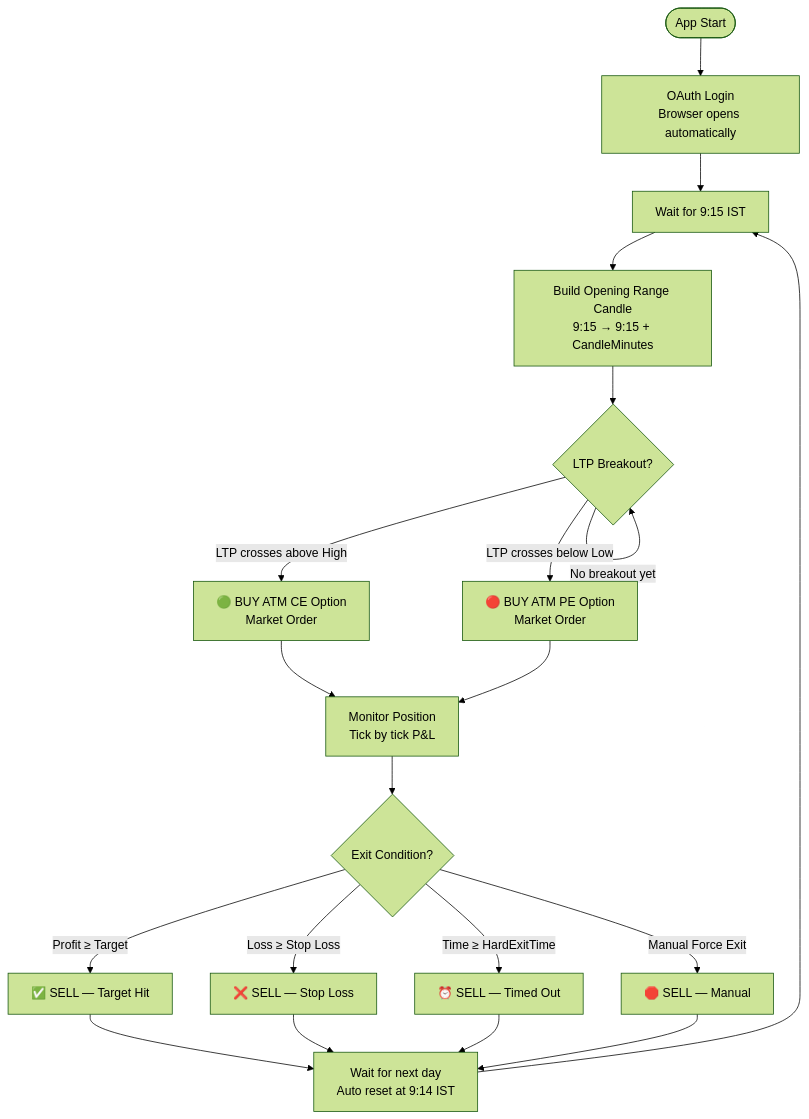
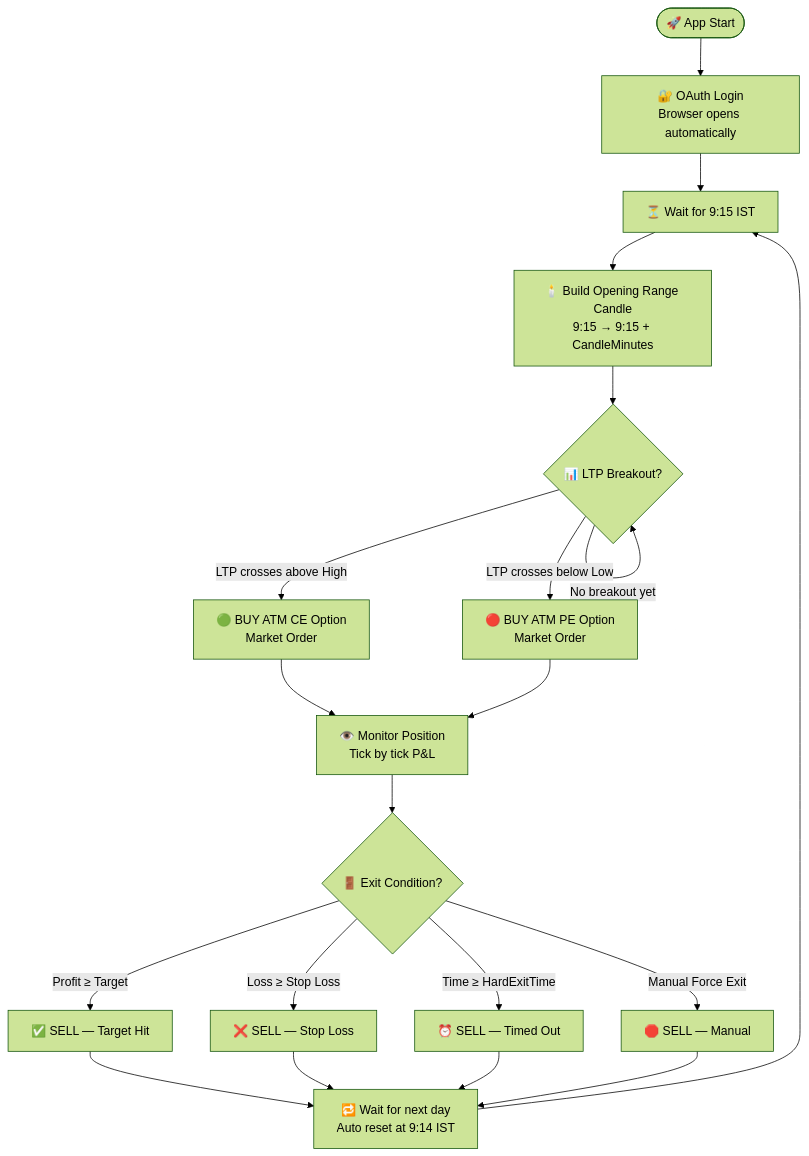
The first of 4 diagrams in README.md (vamshikrishna4992/New-Auto_Algo), drawn with Mermaid (forest theme) before and after one commit. The commit also changed other lines of this file, not shown here.

````diff
--- a/README.md
+++ b/README.md
@@ -12,19 +28,19 @@
 ```mermaid
 flowchart TD
-    A([App Start]) --> B[OAuth Login\nBrowser opens automatically]
-    B --> C[Wait for 9:15 IST]
-    C --> D[Build Opening Range Candle\n9:15 → 9:15 + CandleMinutes]
-    D --> E{LTP Breakout?}
+    A([🚀 App Start]) --> B[🔐 OAuth Login\nBrowser opens automatically]
+    B --> C[⏳ Wait for 9:15 IST]
+    C --> D[🕯️ Build Opening Range Candle\n9:15 → 9:15 + CandleMinutes]
+    D --> E{📊 LTP Breakout?}
     E -->|LTP crosses above High| F[🟢 BUY ATM CE Option\nMarket Order]
     E -->|LTP crosses below Low| G[🔴 BUY ATM PE Option\nMarket Order]
     E -->|No breakout yet| E
-    F --> H[Monitor Position\nTick by tick P&L]
+    F --> H[👁️ Monitor Position\nTick by tick P&L]
     G --> H
-    H --> I{Exit Condition?}
+    H --> I{🚪 Exit Condition?}
     I -->|Profit ≥ Target| J[✅ SELL — Target Hit]
     I -->|Loss ≥ Stop Loss| K[❌ SELL — Stop Loss]
     I -->|Time ≥ HardExitTime| L[⏰ SELL — Timed Out]
     I -->|Manual Force Exit| M[🛑 SELL — Manual]
-    J & K & L & M --> N[Wait for next day\nAuto reset at 9:14 IST]
+    J & K & L & M --> N[🔁 Wait for next day\nAuto reset at 9:14 IST]
     N --> C
 ```
````
